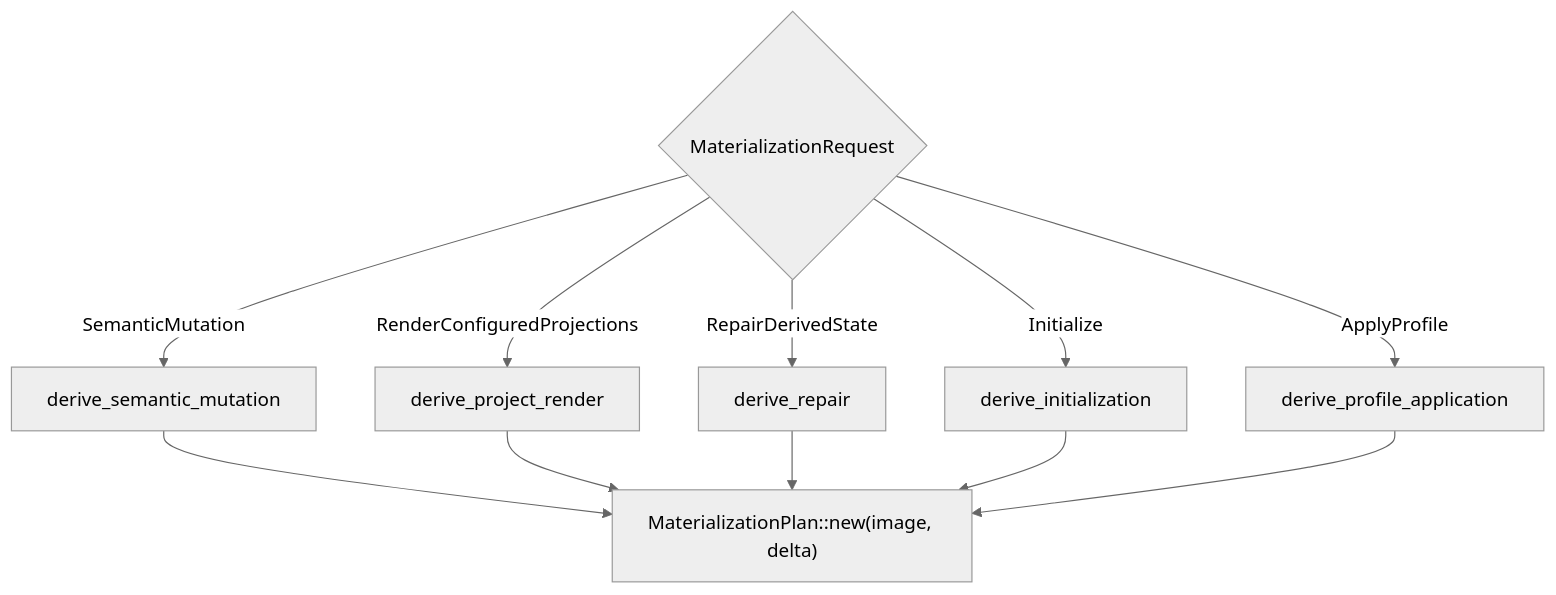
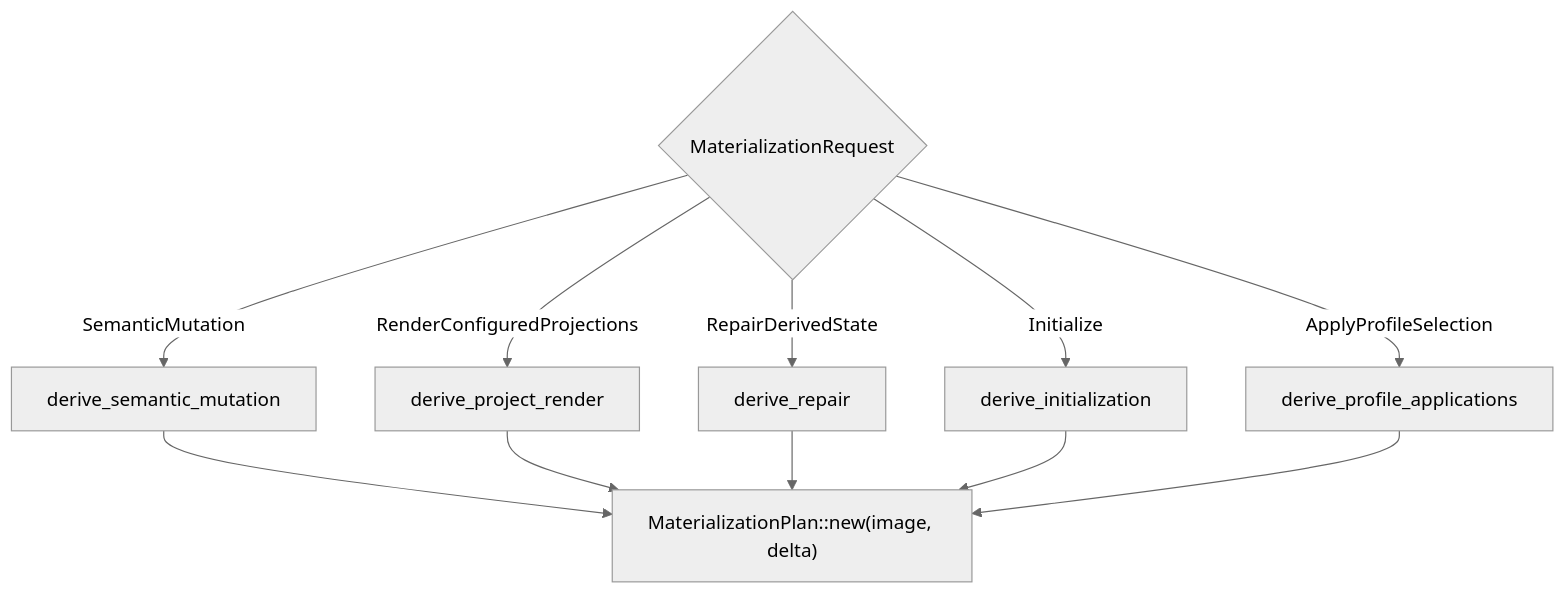
Before and after one commit to erankavija/just-in-time: the third of 4 diagrams in dev/architecture/repository-state-materialization.md, drawn with Mermaid (neutral theme). The commit also changed other lines of this file and 2 other files, not shown here.

````diff
--- a/dev/architecture/repository-state-materialization.md
+++ b/dev/architecture/repository-state-materialization.md
@@ -151,15 +168,15 @@
 ```mermaid
 flowchart TD
     REQ{MaterializationRequest}
     REQ -->|SemanticMutation| SM[derive_semantic_mutation]
     REQ -->|RenderConfiguredProjections| PR[derive_project_render]
     REQ -->|RepairDerivedState| RP[derive_repair]
     REQ -->|Initialize| IN[derive_initialization]
-    REQ -->|ApplyProfile| AP[derive_profile_application]
+    REQ -->|ApplyProfileSelection| AP[derive_profile_applications]
     SM --> TAIL
     PR --> TAIL
     RP --> TAIL
     IN --> TAIL
     AP --> TAIL
     TAIL["MaterializationPlan::new(image, delta)"]
 ```
````
